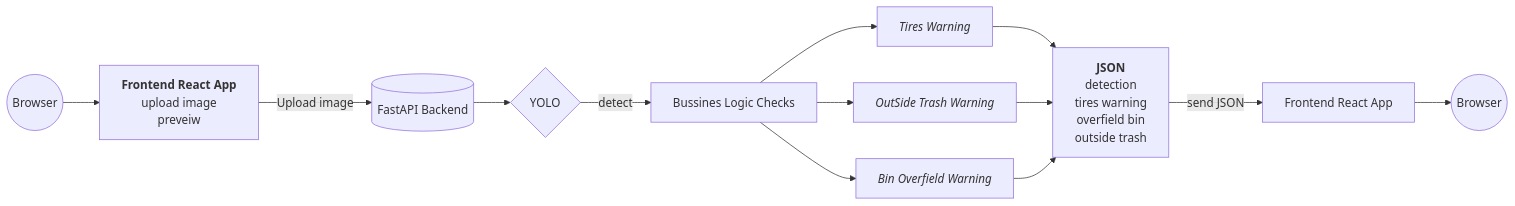
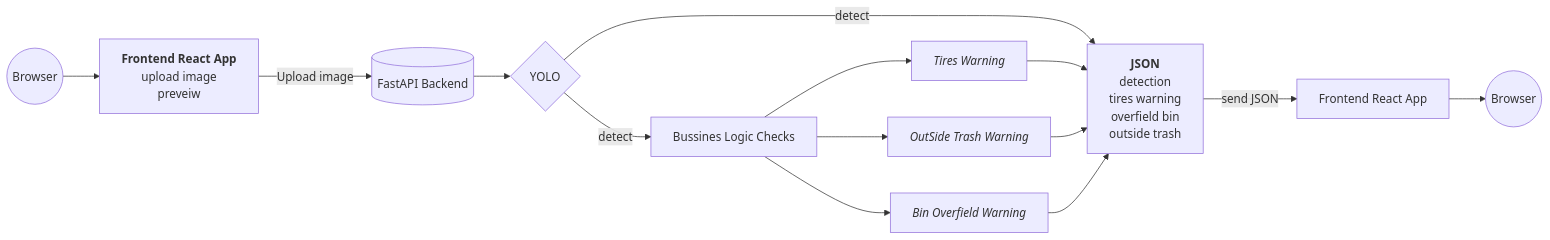
Before and after one commit to nboravlev/Trash_detection_with_YOLO: the diagram in README.md, drawn with Mermaid.

````diff
--- a/README.md
+++ b/README.md
@@ -12,25 +12,26 @@
 ```mermaid
 flowchart LR
 %% User and Frontend %%
 A((Browser)) -->
 B["`__Frontend React App__
 upload image
 preveiw`"]
 %% Backend 
 B --> |Upload image| C[(FastAPI Backend)]
 C --> D{YOLO}
 D --> |detect| E[Bussines Logic Checks]
 E --> F["`_Tires Warning_`"]
 E --> G["`_OutSide Trash Warning_`"]
 E --> H["`_Bin Overfield Warning_`"]
+D --> |detect| I
 
 F --> I["`__JSON__
 detection
 tires warning
 overfield bin
 outside trash`"]
 G --> I
 H --> I
 I --> |send JSON| J[Frontend React App]  
 J --> K((Browser))
 ```
````
